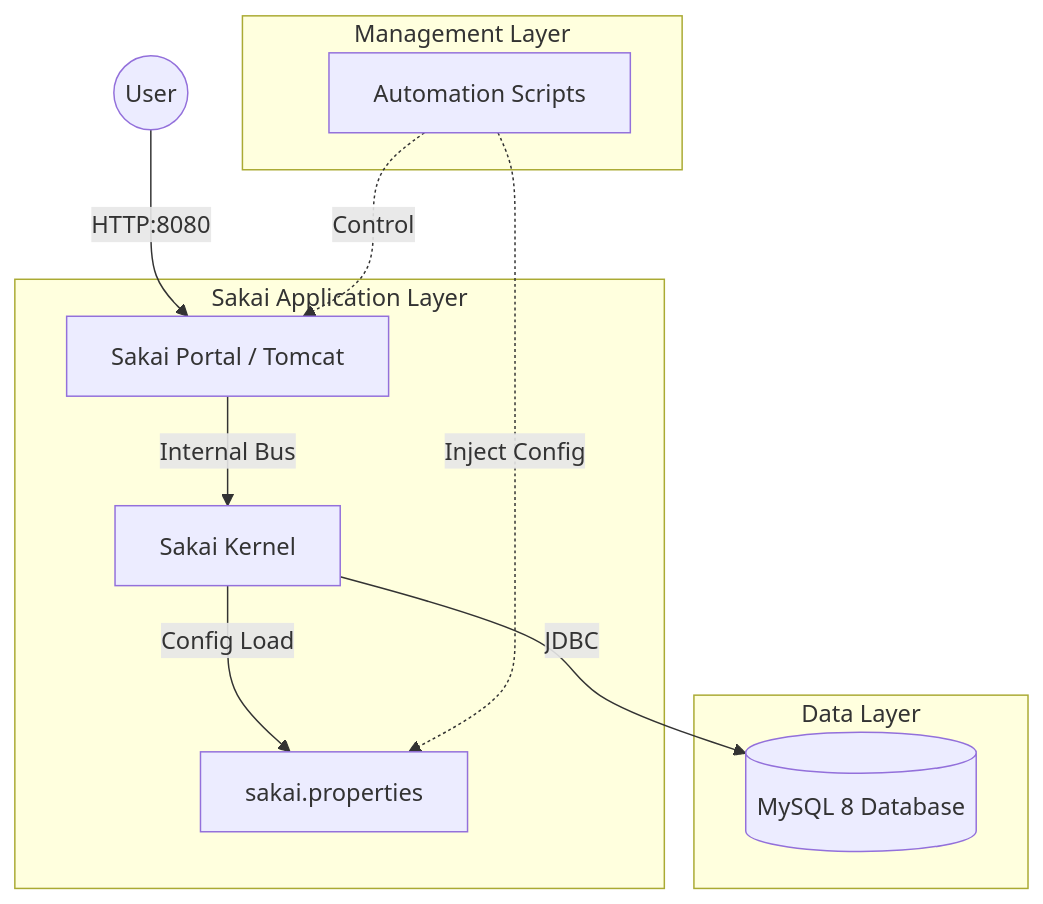
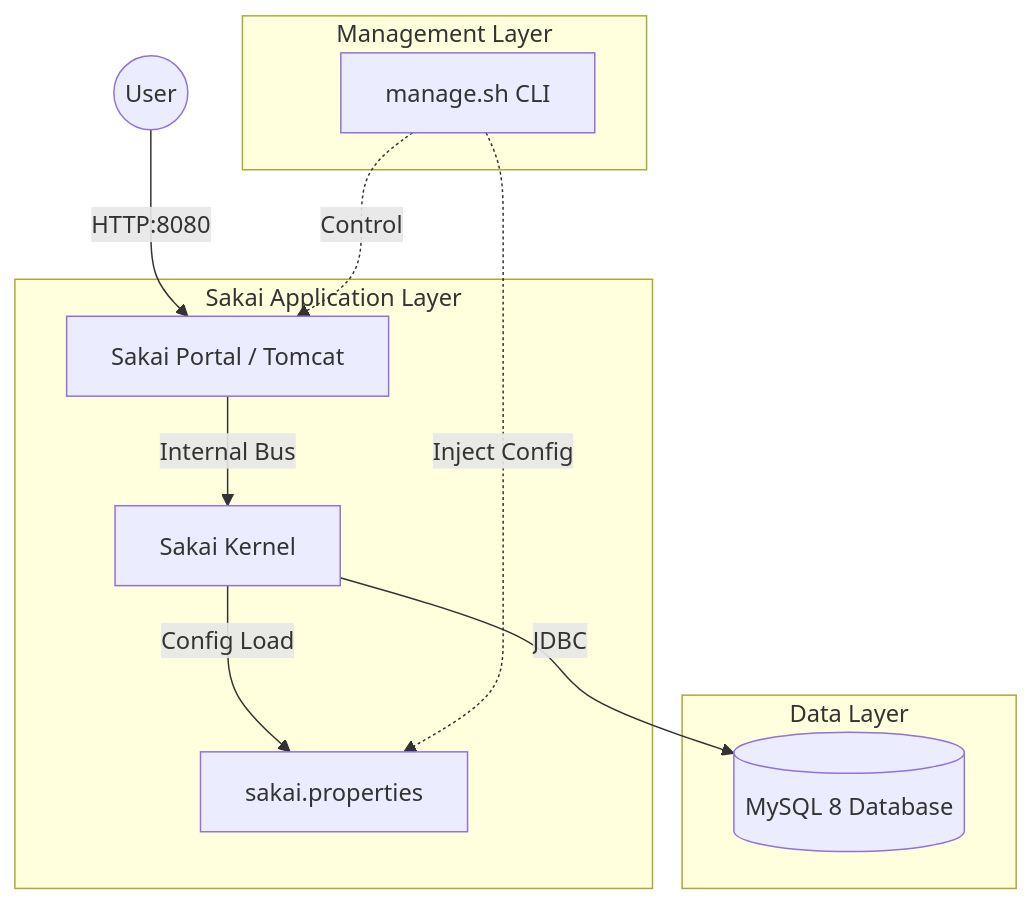
The diagram in README.md (codewithgabriel/sakai-project), drawn with Mermaid before and after one commit. The commit also changed other lines of this file and 17 other files, not shown here.

````diff
--- a/README.md
+++ b/README.md
@@ -9,15 +7,15 @@
 ```mermaid
 graph TD
     User((User)) -->|HTTP:8080| Portal[Sakai Portal / Tomcat]
     subgraph "Sakai Application Layer"
         Portal -->|Internal Bus| Kernel[Sakai Kernel]
         Kernel -->|Config Load| Properties[sakai.properties]
     end
     subgraph "Data Layer"
         Kernel -->|JDBC| MySQL[(MySQL 8 Database)]
     end
     subgraph "Management Layer"
-        Scripts[Automation Scripts] -.->|Control| Portal
+        Scripts[manage.sh CLI] -.->|Control| Portal
         Scripts -.->|Inject Config| Properties
     end
 ```
````
